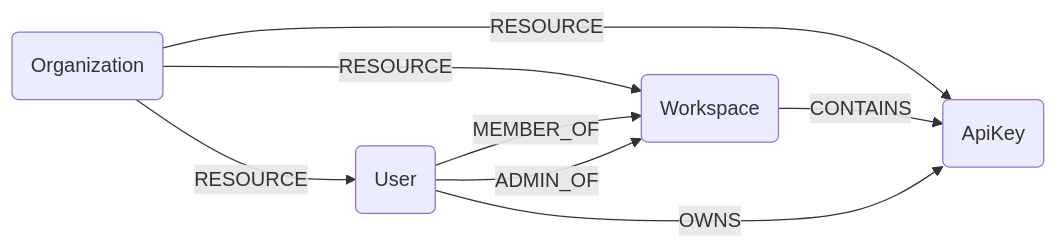
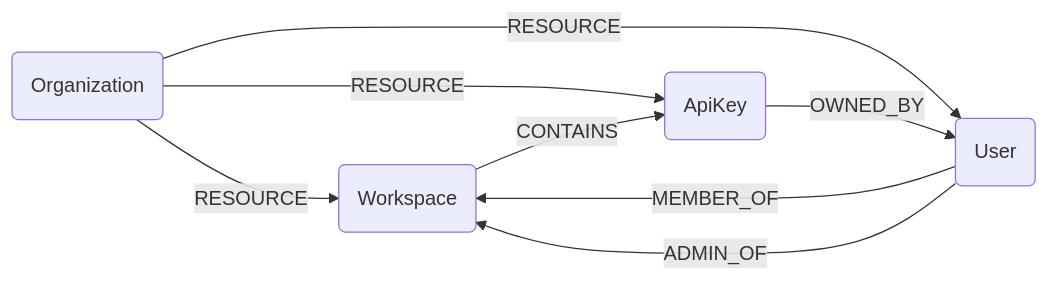
Before and after one commit to sec-js/cartography: the diagram in docs/root/modules/anthropic/schema.md, drawn with Mermaid. The commit also changed other lines of this file and 31 other files, not shown here.

````diff
--- a/docs/root/modules/anthropic/schema.md
+++ b/docs/root/modules/anthropic/schema.md
@@ -3,10 +3,10 @@
 ```mermaid
 graph LR
 O(Organization) -- RESOURCE --> W(Workspace)
 O -- RESOURCE --> U(User)
 O -- RESOURCE --> K(ApiKey)
 W -- CONTAINS --> K
-U -- OWNS --> K
+K -- OWNED_BY --> U
 U -- MEMBER_OF --> W
 U -- ADMIN_OF --> W
 ```
````
